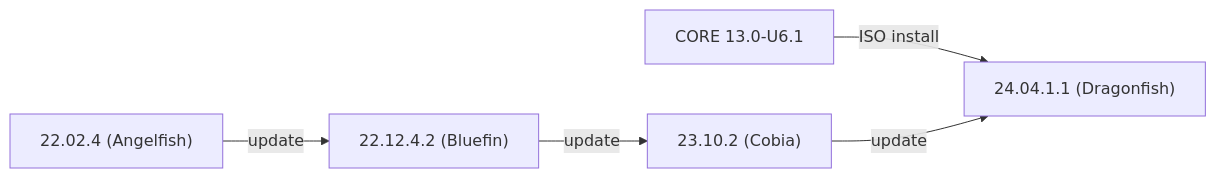
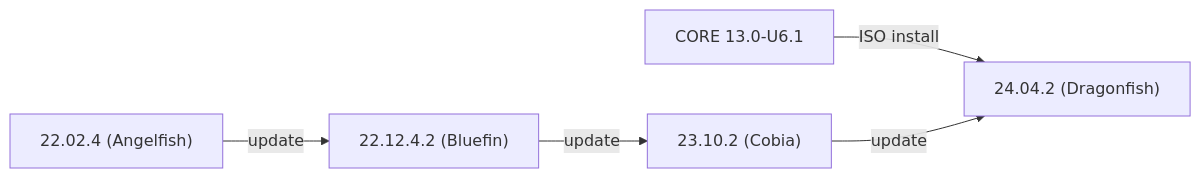
One commit to truenas/documentation changed the first of 2 diagrams in static/includes/SCALEUpgradePaths.md. Above: the diagram before and after it, drawn with Mermaid. The commit also changed other lines of this file, not shown here.

```diff
--- a/static/includes/SCALEUpgradePaths.md
+++ b/static/includes/SCALEUpgradePaths.md
@@ -12,8 +12,8 @@
       {{< mermaid class="mermaid_sizing" >}}
       flowchart LR
         A["22.02.4 (Angelfish)"] -->|update| C
         B["CORE 13.0-U6.1"] -->|ISO install| E
         C["22.12.4.2 (Bluefin)"] -->|update| D
         D["23.10.2 (Cobia)"] -->|update| E
-        E["24.04.1.1 (Dragonfish)"]
+        E["24.04.2 (Dragonfish)"]
       {{< /mermaid >}}
```
